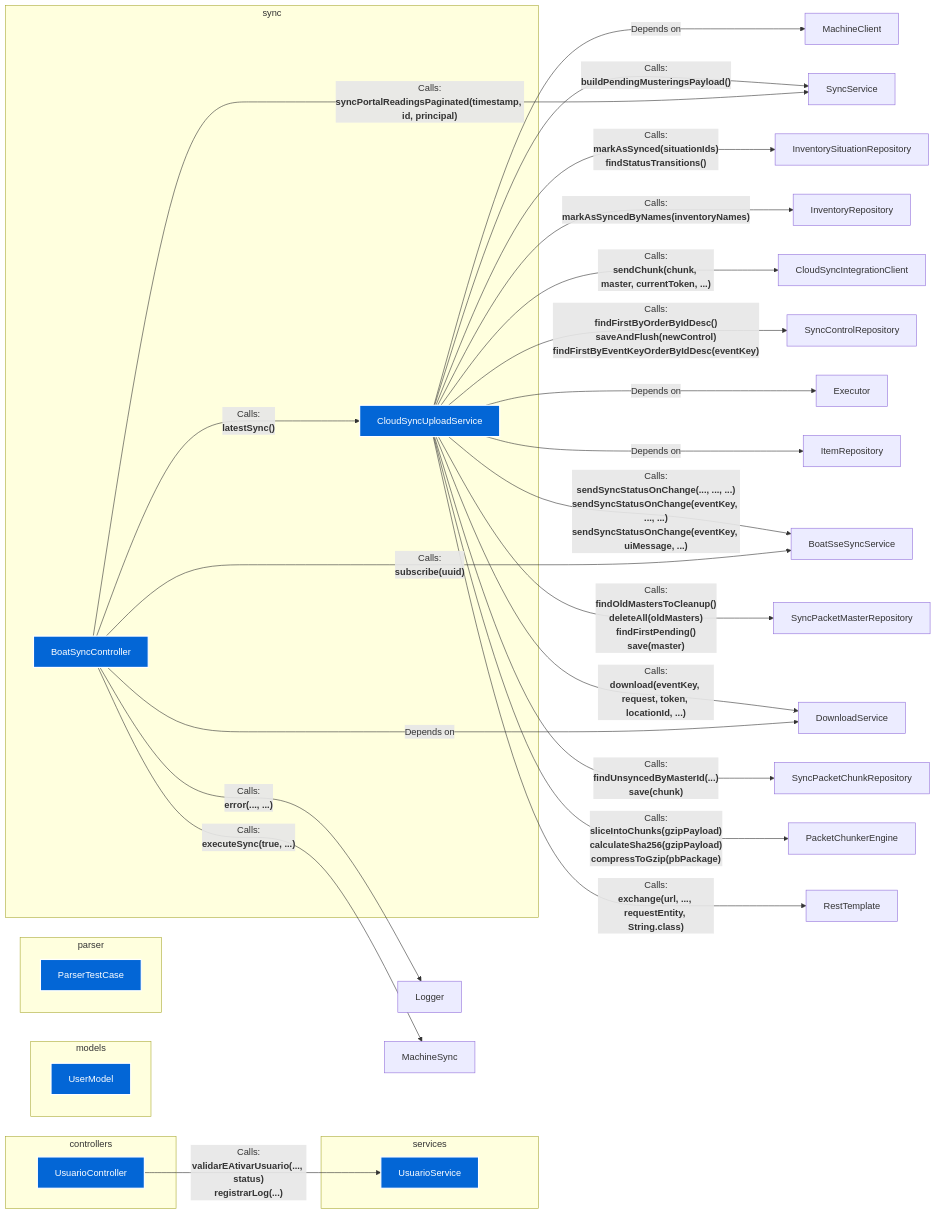
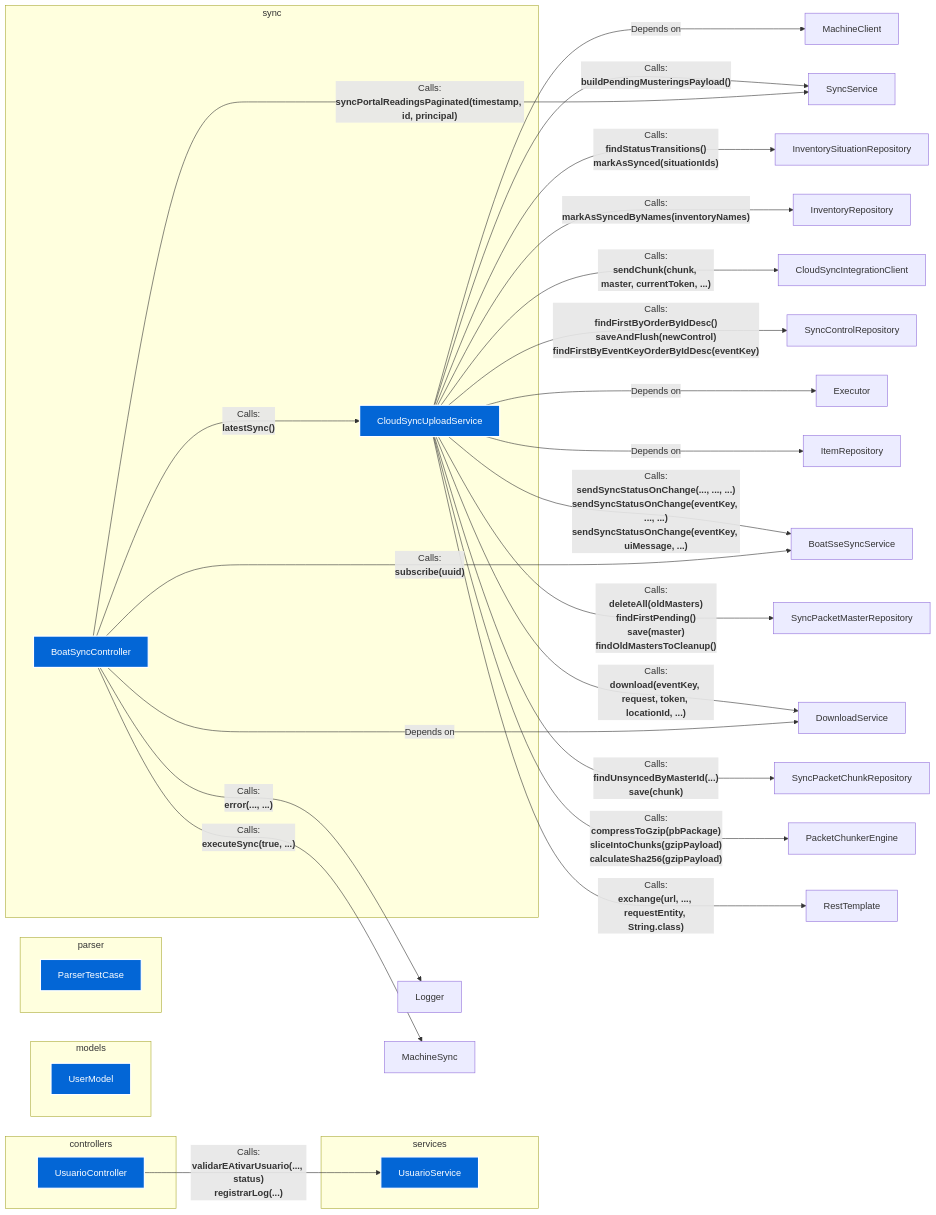
Before and after one commit to FelipeMCassiano/geanky: the diagram in docs/00_Architecture_Overview.md, drawn with Mermaid. The commit also changed 1 other file, not shown here.

Commit message:
i test some 600

```diff
--- a/docs/00_Architecture_Overview.md
+++ b/docs/00_Architecture_Overview.md
@@ -49,6 +49,10 @@
     
     
     
+        
+        
+            UsuarioController -->|"Calls:<br><b>validarEAtivarUsuario(..., status)<br>registrarLog(...)</b>"| UsuarioService
+        
     
     
     
@@ -58,10 +62,6 @@
     
     
     
-        
-        
-            UsuarioController -->|"Calls:<br><b>validarEAtivarUsuario(..., status)<br>registrarLog(...)</b>"| UsuarioService
-        
     
     
     
@@ -144,7 +144,7 @@
     
         
         
-            CloudSyncUploadService -->|"Calls:<br><b>markAsSynced(situationIds)<br>findStatusTransitions()</b>"| InventorySituationRepository
+            CloudSyncUploadService -->|"Calls:<br><b>findStatusTransitions()<br>markAsSynced(situationIds)</b>"| InventorySituationRepository
         
     
     
@@ -207,7 +207,7 @@
     
         
         
-            CloudSyncUploadService -->|"Calls:<br><b>findOldMastersToCleanup()<br>deleteAll(oldMasters)<br>findFirstPending()<br>save(master)</b>"| SyncPacketMasterRepository
+            CloudSyncUploadService -->|"Calls:<br><b>deleteAll(oldMasters)<br>findFirstPending()<br>save(master)<br>findOldMastersToCleanup()</b>"| SyncPacketMasterRepository
         
     
     
@@ -221,7 +221,7 @@
     
         
         
-            CloudSyncUploadService -->|"Calls:<br><b>sliceIntoChunks(gzipPayload)<br>calculateSha256(gzipPayload)<br>compressToGzip(pbPackage)</b>"| PacketChunkerEngine
+            CloudSyncUploadService -->|"Calls:<br><b>compressToGzip(pbPackage)<br>sliceIntoChunks(gzipPayload)<br>calculateSha256(gzipPayload)</b>"| PacketChunkerEngine
         
     
     
```
